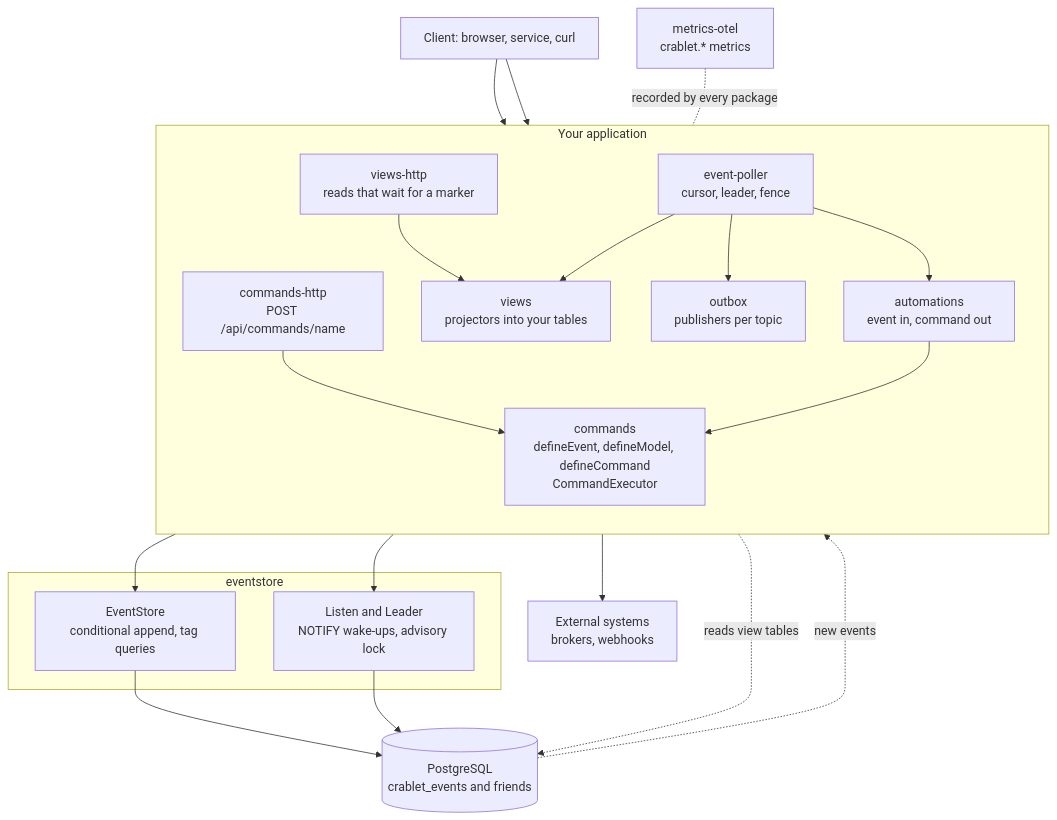
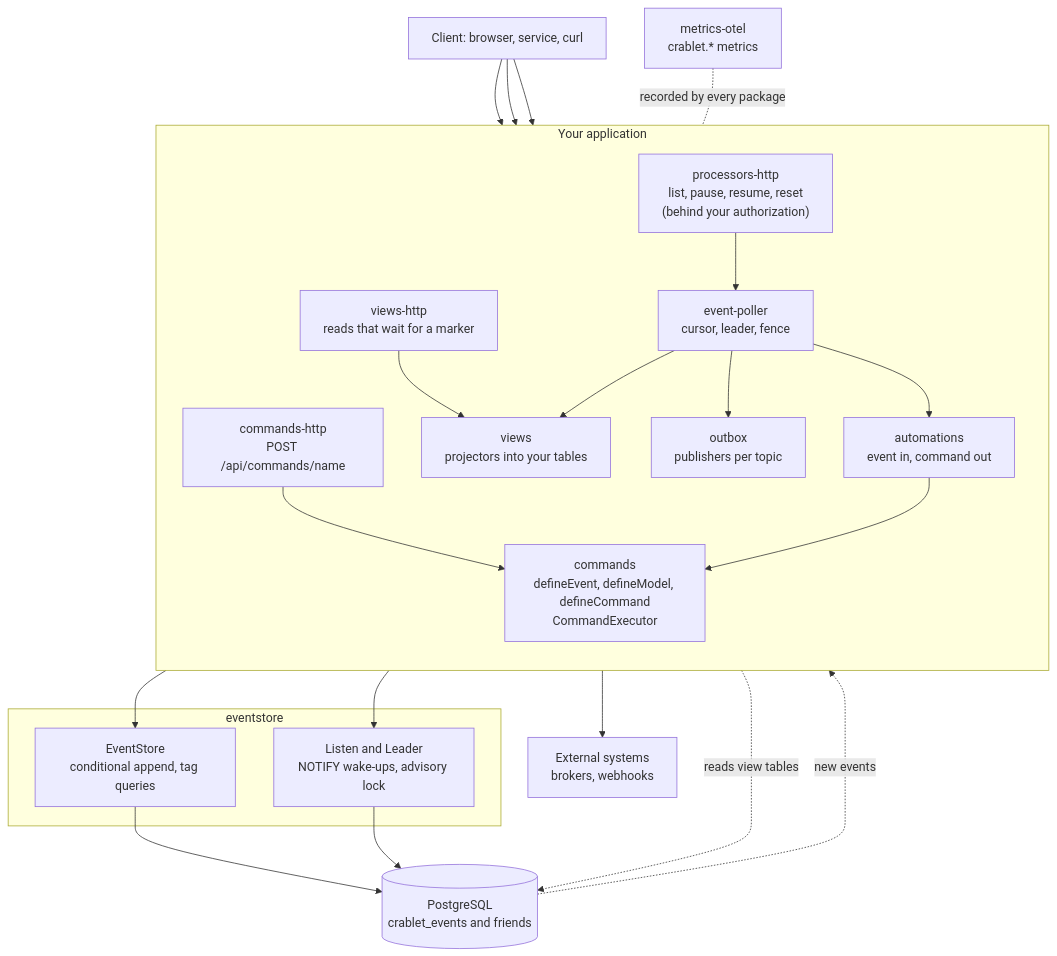
Before and after one commit to rodolfodpk/ts-effect-crablet: the first of 8 diagrams in docs/architecture.md, drawn with Mermaid. The commit also changed other lines of this file and 43 other files, not shown here.

Commit message:
Dashboard step 4: @crablet/processors-http (list, pause, resume, reset; closed until the application provides an authorization; ADR-0020) and a generic Foldkit page for it; the modules' management services report failure details and are now measured by tests

````diff
--- a/docs/architecture.md
+++ b/docs/architecture.md
@@ -16,43 +16,46 @@
 ```mermaid
 flowchart TB
   client["Client: browser, service, curl"]
 
   subgraph app["Your application"]
     direction TB
     http["commands-http<br/>POST /api/commands/name"]
     vhttp["views-http<br/>reads that wait for a marker"]
+    phttp["processors-http<br/>list, pause, resume, reset<br/>(behind your authorization)"]
     cmd["commands<br/>defineEvent, defineModel, defineCommand<br/>CommandExecutor"]
     views["views<br/>projectors into your tables"]
     outbox["outbox<br/>publishers per topic"]
     auto["automations<br/>event in, command out"]
     poller["event-poller<br/>cursor, leader, fence"]
   end
 
   subgraph store["eventstore"]
     es["EventStore<br/>conditional append, tag queries"]
     listen["Listen and Leader<br/>NOTIFY wake-ups, advisory lock"]
   end
 
   pg[("PostgreSQL<br/>crablet_events and friends")]
   ext["External systems<br/>brokers, webhooks"]
   metrics["metrics-otel<br/>crablet.* metrics"]
 
   client --> http
   client --> vhttp
+  client --> phttp
+  phttp --> poller
   http --> cmd
   cmd --> es
   es --> pg
   vhttp --> views
   views -. reads view tables .-> pg
 
   pg -. new events .-> poller
   poller --> views
   poller --> outbox
   poller --> auto
   auto --> cmd
   outbox --> ext
   poller --> listen
   listen --> pg
 
   metrics -. recorded by every package .- app
 ```
````
